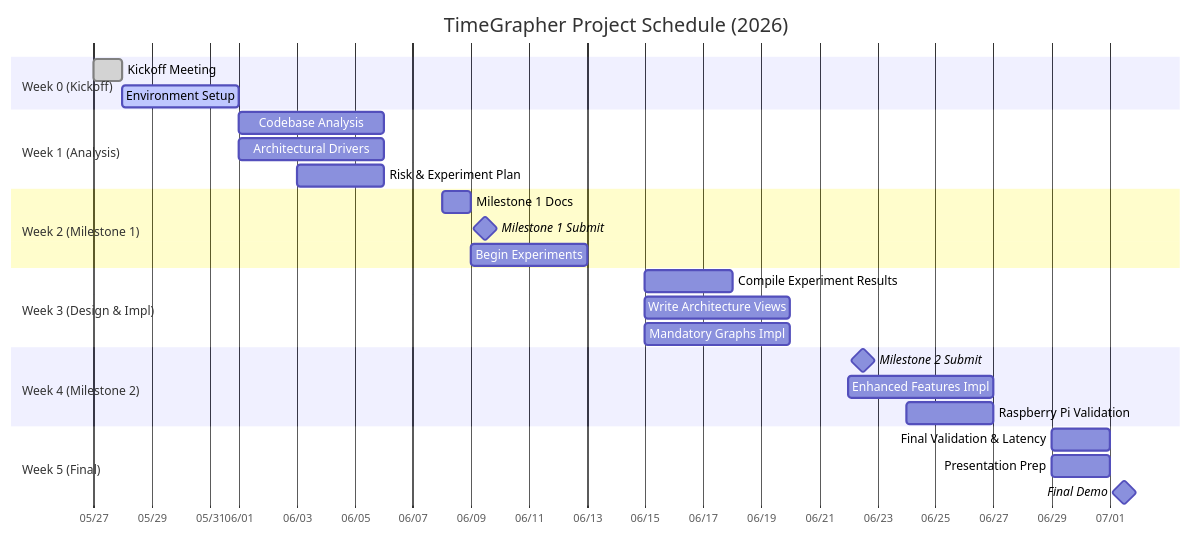
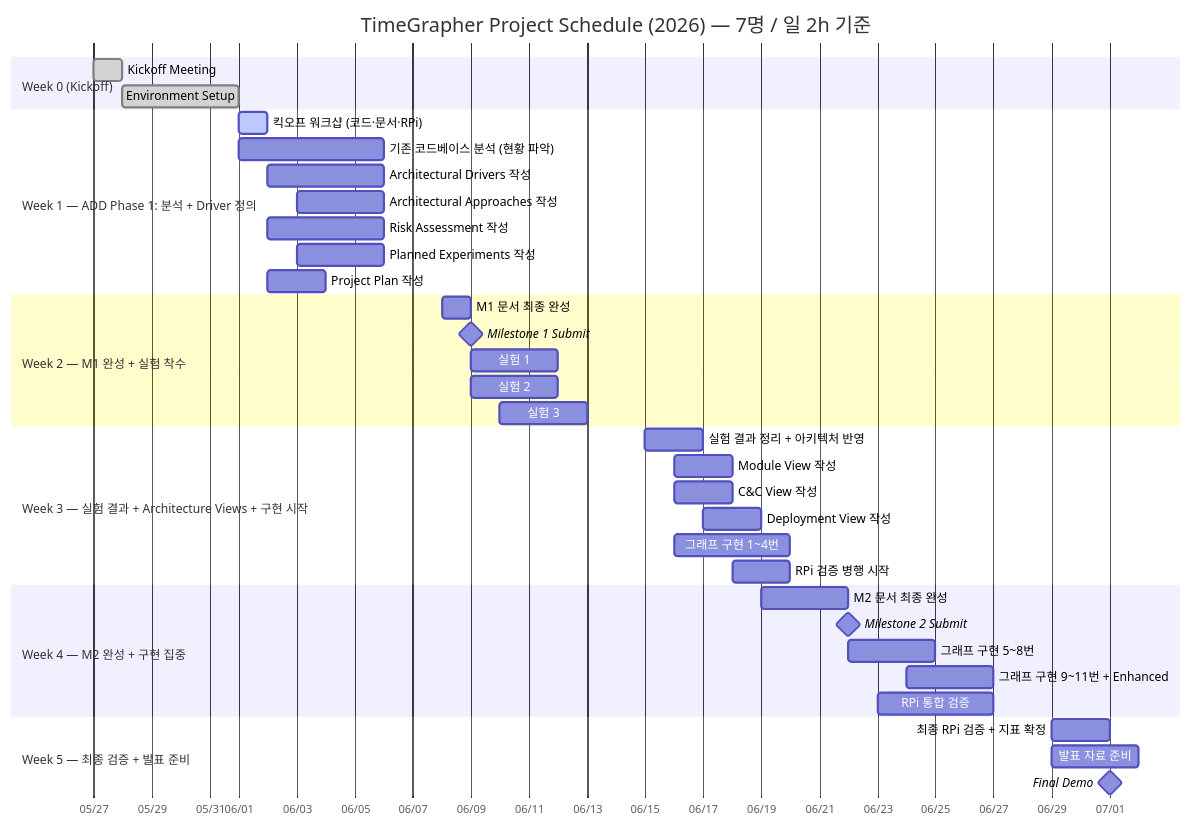
The diagram in .claude/skills/time-grapher/references/project/todo.md (Ji-Min-Lee/2026-3-sw-architect-studio-project), drawn with Mermaid before and after one commit. The commit also changed other lines of this file and 2 other files, not shown here.

First line of the commit message:
fix: resolve Qt6 build issues and update project todo with revised schedule

````diff
--- a/.claude/skills/time-grapher/references/project/todo.md
+++ b/.claude/skills/time-grapher/references/project/todo.md
@@ -5,35 +5,46 @@
 ```mermaid
 gantt
-    title TimeGrapher Project Schedule (2026)
+    title TimeGrapher Project Schedule (2026) — 7명 / 일 2h 기준
     dateFormat  YYYY-MM-DD
     axisFormat %m/%d
 
     section Week 0 (Kickoff)
-    Kickoff Meeting          :done,    koff, 2026-05-27, 1d
-    Environment Setup        :active,  env,  2026-05-28, 4d
+    Kickoff Meeting               :done,    koff, 2026-05-27, 1d
+    Environment Setup             :done,    env,  2026-05-28, 4d
 
-    section Week 1 (Analysis)
-    Codebase Analysis        :         ca,   2026-06-01, 5d
-    Architectural Drivers    :         ad,   2026-06-01, 5d
-    Risk & Experiment Plan   :         re,   2026-06-03, 3d
+    section Week 1 — ADD Phase 1: 분석 + Driver 정의
+    킥오프 워크샵 (코드·문서·RPi)   :active,  ws,   2026-06-01, 1d
+    기존 코드베이스 분석 (현황 파악) :         ca,   2026-06-01, 5d
+    Architectural Drivers 작성      :         ad,   2026-06-02, 4d
+    Architectural Approaches 작성   :         aa,   2026-06-03, 3d
+    Risk Assessment 작성            :         ra,   2026-06-02, 4d
+    Planned Experiments 작성        :         pe,   2026-06-03, 3d
+    Project Plan 작성               :         pp,   2026-06-02, 2d
 
-    section Week 2 (Milestone 1)
-    Milestone 1 Docs         :         m1d,  2026-06-08, 1d
-    Milestone 1 Submit       :milestone, m1, 2026-06-09, 1d
-    Begin Experiments        :         ex1,  2026-06-09, 4d
+    section Week 2 — M1 완성 + 실험 착수
+    M1 문서 최종 완성               :         m1d,  2026-06-08, 1d
+    Milestone 1 Submit              :milestone, m1, 2026-06-09, 0d
+    실험 1: RPi sps 성능 측정       :         ex1,  2026-06-09, 3d
+    실험 2: Qt GUI 렌더링 FPS       :         ex2,  2026-06-09, 3d
+    실험 3: T1·T3 검출 정확도       :         ex3,  2026-06-10, 3d
 
-    section Week 3 (Design & Impl)
-    Compile Experiment Results :       er,   2026-06-15, 3d
-    Write Architecture Views :         av,   2026-06-15, 5d
-    Mandatory Graphs Impl    :         mg,   2026-06-15, 5d
+    section Week 3 — 실험 결과 + Architecture Views + 구현 시작
+    실험 결과 정리 + 아키텍처 반영  :         er,   2026-06-15, 2d
+    Module View 작성                :         mv,   2026-06-16, 2d
+    C&C View 작성                   :         cv,   2026-06-16, 2d
+    Deployment View 작성            :         dv,   2026-06-17, 2d
+    그래프 구현 1~4번               :         gi1,  2026-06-16, 4d
+    RPi 검증 병행 시작              :         rpv1, 2026-06-18, 2d
 
-    section Week 4 (Milestone 2)
-    Milestone 2 Submit       :milestone, m2, 2026-06-22, 1d
-    Enhanced Features Impl   :         ef,   2026-06-22, 5d
-    Raspberry Pi Validation  :         rpv,  2026-06-24, 3d
+    section Week 4 — M2 완성 + 구현 집중
+    M2 문서 최종 완성               :         m2d,  2026-06-19, 3d
+    Milestone 2 Submit              :milestone, m2, 2026-06-22, 0d
+    그래프 구현 5~8번               :         gi2,  2026-06-22, 3d
+    그래프 구현 9~11번 + Enhanced   :         gi3,  2026-06-24, 3d
+    RPi 통합 검증                   :         rpv2, 2026-06-23, 4d
 
-    section Week 5 (Final)
-    Final Validation & Latency:        fv,   2026-06-29, 2d
-    Presentation Prep        :         pr,   2026-06-29, 2d
-    Final Demo               :milestone, m3, 2026-07-01, 1d
+    section Week 5 — 최종 검증 + 발표 준비
+    최종 RPi 검증 + 지표 확정       :         fv,   2026-06-29, 2d
+    발표 자료 준비                  :         pr,   2026-06-29, 3d
+    Final Demo                      :milestone, m3, 2026-07-01, 0d
 ```
````
